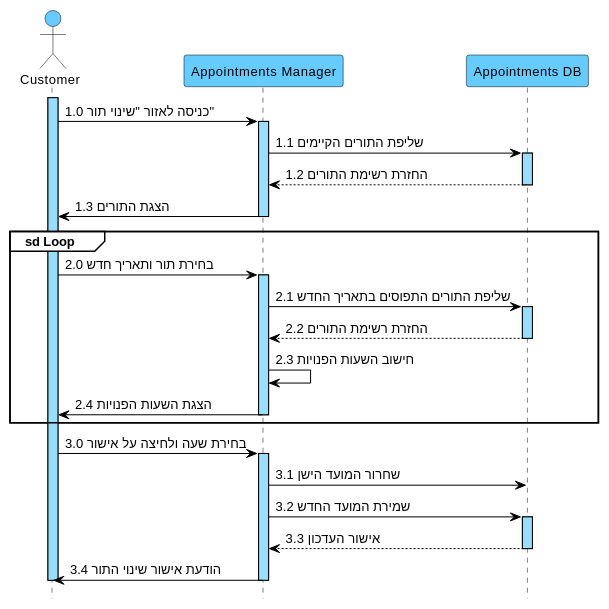
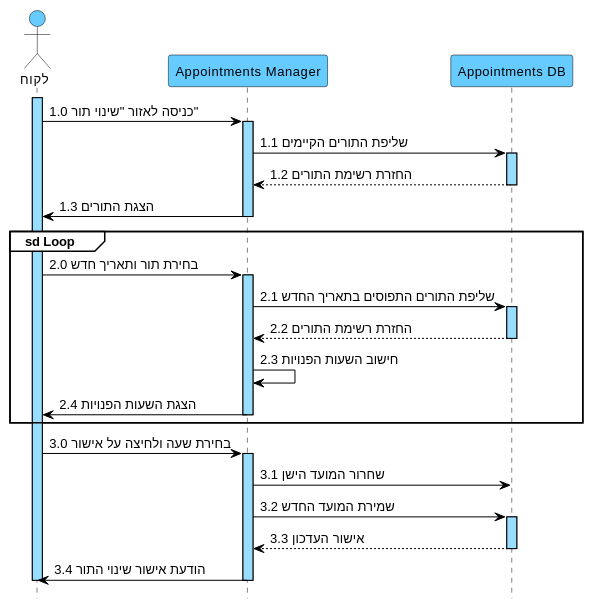
The diagram in docs/diagrams/puml/05-seq-suc05-שינוי-תור.puml (arielkaplan20/GOLDEN_HAIR_SALOAN), drawn with PlantUML before and after one commit. The commit also changed 25 other files, not shown here.

```diff
--- a/docs/diagrams/puml/05-seq-suc05-שינוי-תור.puml
+++ b/docs/diagrams/puml/05-seq-suc05-שינוי-תור.puml
@@ -1,58 +1,58 @@
 @startuml
 hide footbox
 skinparam backgroundColor white
 skinparam defaultFontName Arial
 skinparam defaultFontSize 13
 skinparam sequence {
 ArrowColor black
 ArrowFontColor black
 ActorBorderColor black
 ActorBackgroundColor #66CCFF
 LifeLineBorderColor black
 LifeLineBackgroundColor #99DDFF
 ParticipantBorderColor black
 ParticipantBackgroundColor #66CCFF
 ParticipantFontColor black
 ParticipantFontSize 13
 GroupBorderColor black
 GroupBackgroundColor white
 GroupHeaderFontColor black
 }
 
-actor "Customer" as C
+actor "לקוח" as C
 participant "Appointments Manager" as AM
 participant "Appointments DB" as DB
 
 activate C
 C -> AM : 1.0 כניסה לאזור "שינוי תור"
 activate AM
 AM -> DB : 1.1 שליפת התורים הקיימים
 activate DB
 DB --> AM : 1.2 החזרת רשימת התורים
 deactivate DB
 AM -> C : 1.3 הצגת התורים
 deactivate AM
 
 group sd Loop
 C -> AM : 2.0 בחירת תור ותאריך חדש
 activate AM
 AM -> DB : 2.1 שליפת התורים התפוסים בתאריך החדש
 activate DB
 DB --> AM : 2.2 החזרת רשימת התורים
 deactivate DB
 AM -> AM : 2.3 חישוב השעות הפנויות
 AM -> C : 2.4 הצגת השעות הפנויות
 deactivate AM
 end
 
 C -> AM : 3.0 בחירת שעה ולחיצה על אישור
 activate AM
 AM -> DB : 3.1 שחרור המועד הישן
 AM -> DB : 3.2 שמירת המועד החדש
 activate DB
 DB --> AM : 3.3 אישור העדכון
 deactivate DB
 AM -> C : 3.4 הודעת אישור שינוי התור
 deactivate AM
 deactivate C
 @enduml
```
